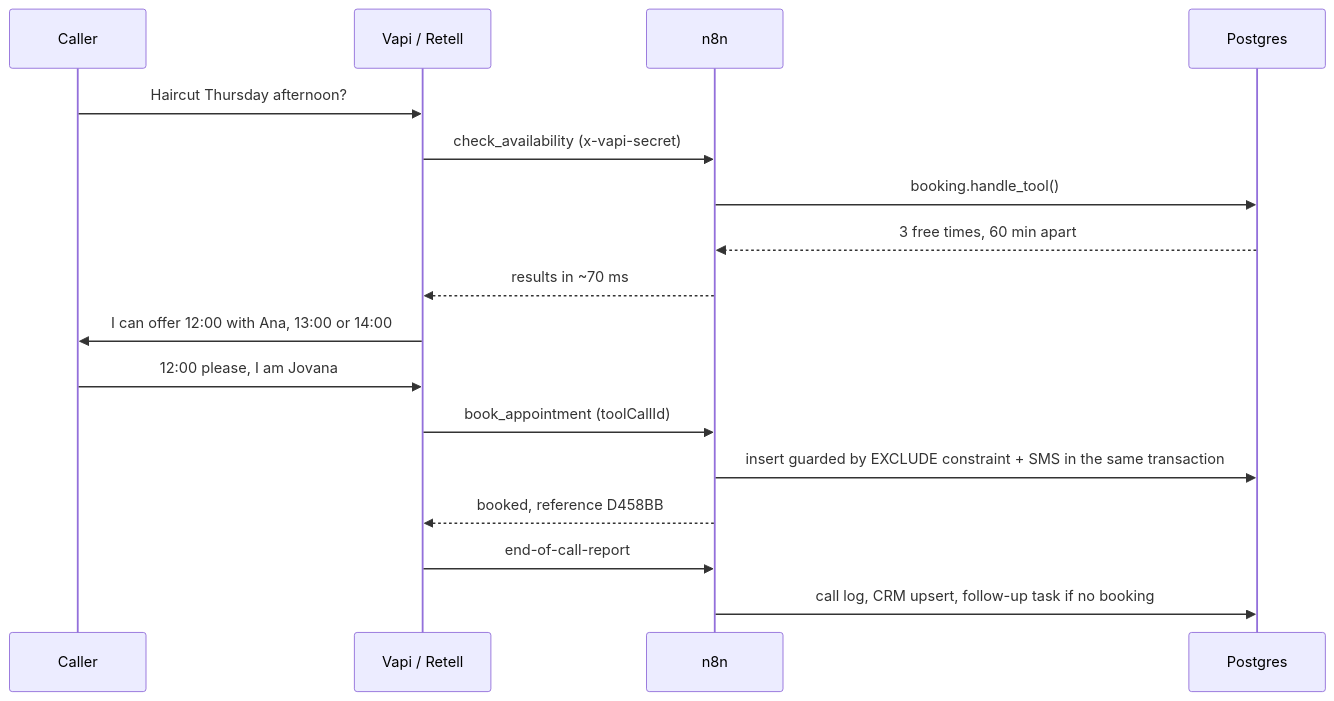
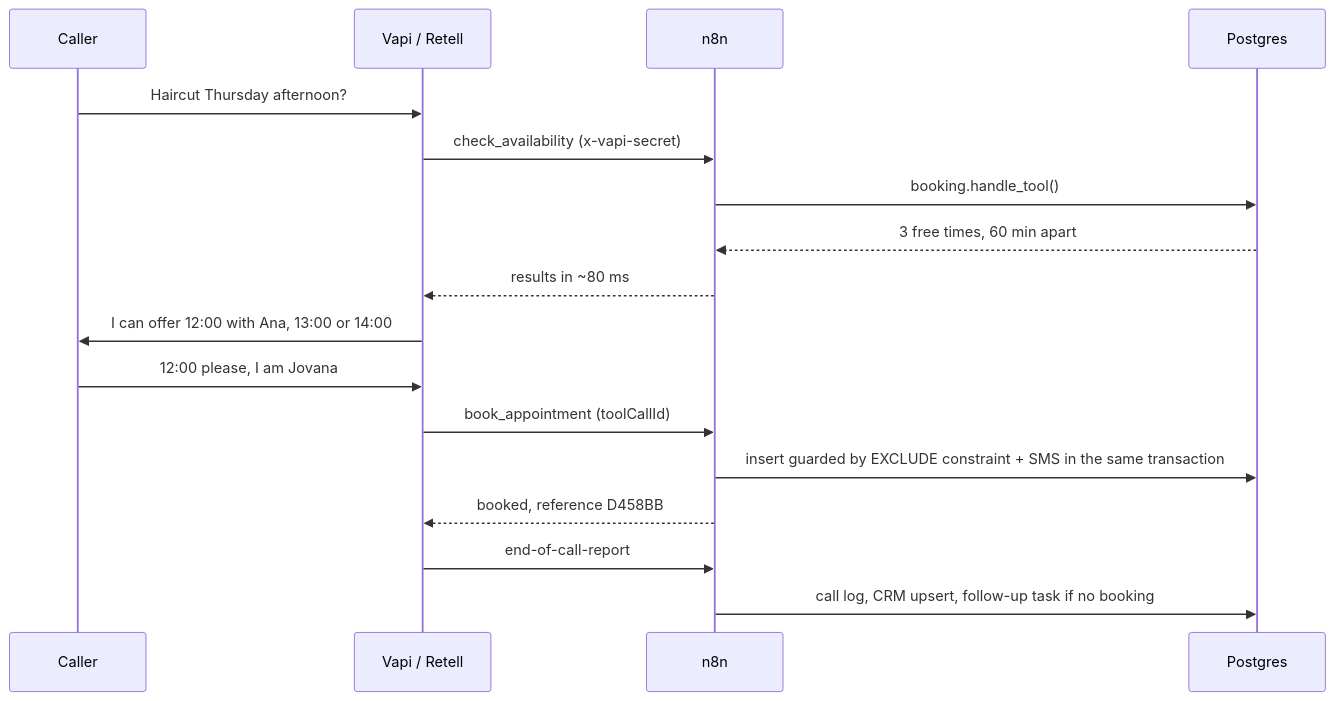
Before and after one commit to nikolaRadosavljevic95/n8n-portfolio: the second of 5 diagrams in README.md, drawn with Mermaid. The commit also changed other lines of this file and 8 other files, not shown here.

````diff
--- a/README.md
+++ b/README.md
@@ -107,19 +107,19 @@
 ```mermaid
 sequenceDiagram
   participant C as Caller
   participant V as Vapi / Retell
   participant N as n8n
   participant DB as Postgres
   C->>V: Haircut Thursday afternoon?
   V->>N: check_availability (x-vapi-secret)
   N->>DB: booking.handle_tool()
   DB-->>N: 3 free times, 60 min apart
-  N-->>V: results in ~70 ms
+  N-->>V: results in ~80 ms
   V->>C: I can offer 12:00 with Ana, 13:00 or 14:00
   C->>V: 12:00 please, I am Jovana
   V->>N: book_appointment (toolCallId)
   N->>DB: insert guarded by EXCLUDE constraint + SMS in the same transaction
   N-->>V: booked, reference D458BB
   V->>N: end-of-call-report
   N->>DB: call log, CRM upsert, follow-up task if no booking
 ```
````
